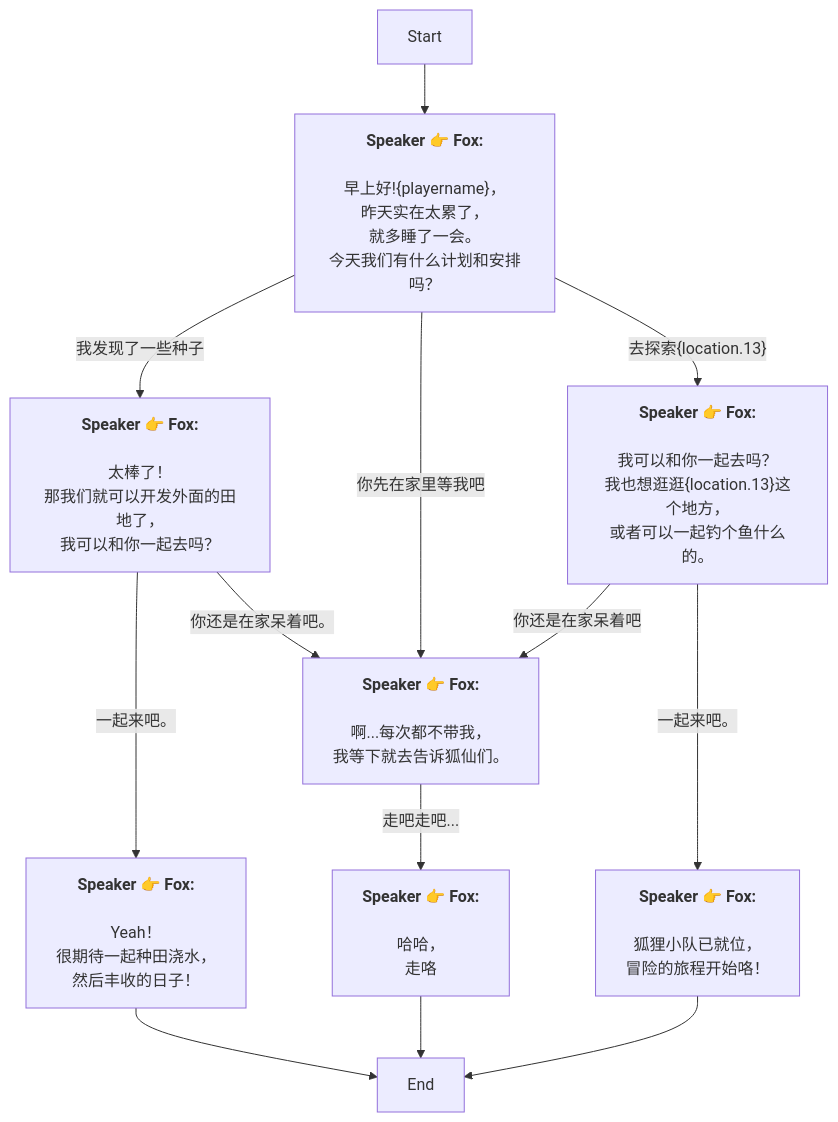
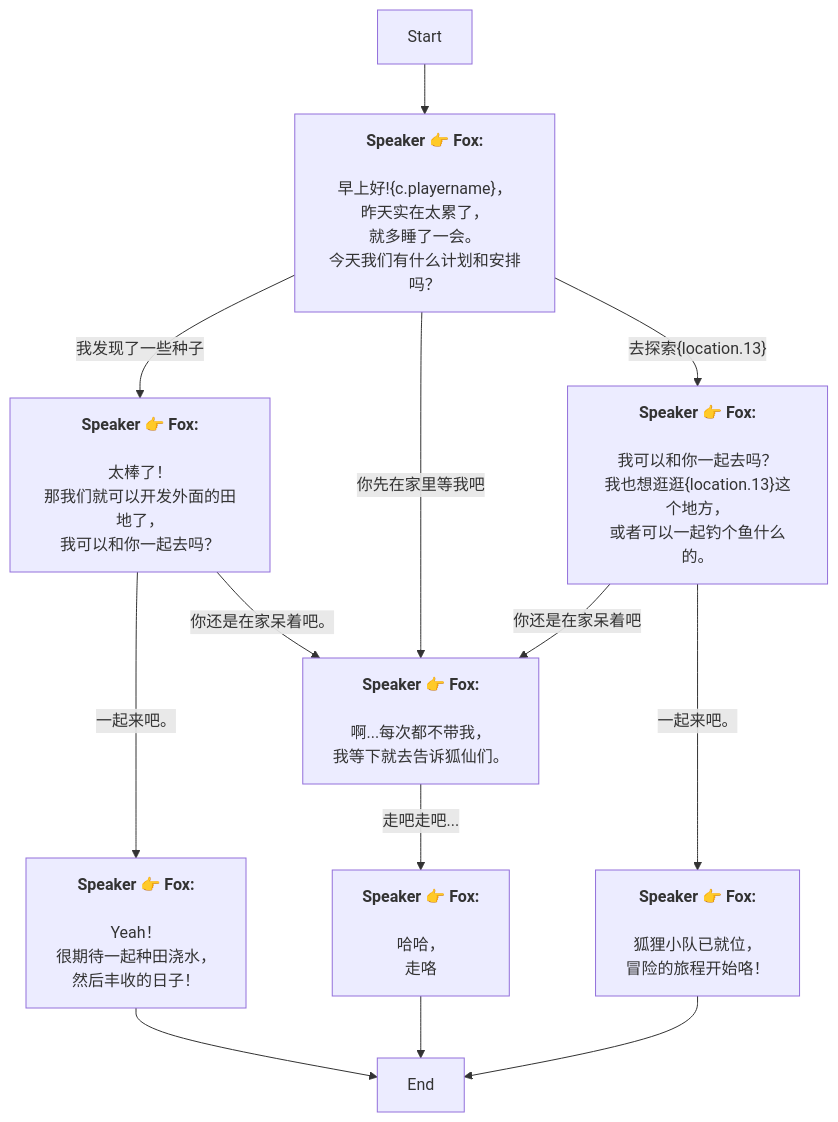
The diagram in Zh/QuestTalkObjectiveNode_1738535630978160.md (SoftHu/tos_avg), drawn with Mermaid before and after one commit. The commit also changed 410 other files, not shown here.

````diff
--- a/Zh/QuestTalkObjectiveNode_1738535630978160.md
+++ b/Zh/QuestTalkObjectiveNode_1738535630978160.md
@@ -1,38 +1,38 @@
 ```mermaid
 graph
 Start -->1738536455094394[<b>Speaker 👉 Fox:</b>
-\n早上好!&lbrace;playername&rbrace;，
+\n早上好!&lbrace;c.playername&rbrace;，
 昨天实在太累了，
 就多睡了一会。\n今天我们有什么计划和安排吗？]
 1738536455094394 -->|我发现了一些种子|1738536700192898[<b>Speaker 👉 Fox:</b>
 \n太棒了！
 那我们就可以开发外面的田地了，
 我可以和你一起去吗？]
 1738536455094394 -->|你先在家里等我吧|1738536768908425[<b>Speaker 👉 Fox:</b>
 \n啊...每次都不带我，
 我等下就去告诉狐仙们。]
 1738536455094394 -->|去探索&lbrace;location.13&rbrace;|1738537311769740[<b>Speaker 👉 Fox:</b>
 \n我可以和你一起去吗？
 我也想逛逛&lbrace;location.13&rbrace;这个地方，
 或者可以一起钓个鱼什么的。]
 1738536700192898 -->|一起来吧。|1738536759971976[<b>Speaker 👉 Fox:</b>
 \nYeah！
 很期待一起种田浇水，
 然后丰收的日子！]
 1738536700192898 -->|你还是在家呆着吧。|1738536768908425[<b>Speaker 👉 Fox:</b>
 \n啊...每次都不带我，
 我等下就去告诉狐仙们。]
 1738536759971976 -->1738536081685624[End]
 1738536768908425 -->|走吧走吧...|1751470531146036[<b>Speaker 👉 Fox:</b>
 \n哈哈，
 走咯]
 1751470531146036 -->1738536081685624[End]
 1738537311769740 -->|你还是在家呆着吧|1738536768908425[<b>Speaker 👉 Fox:</b>
 \n啊...每次都不带我，
 我等下就去告诉狐仙们。]
 1738537311769740 -->|一起来吧。|1738537387244689[<b>Speaker 👉 Fox:</b>
 \n狐狸小队已就位，
 冒险的旅程开始咯！]
 1738537387244689 -->1738536081685624[End]
 
 ```
````
